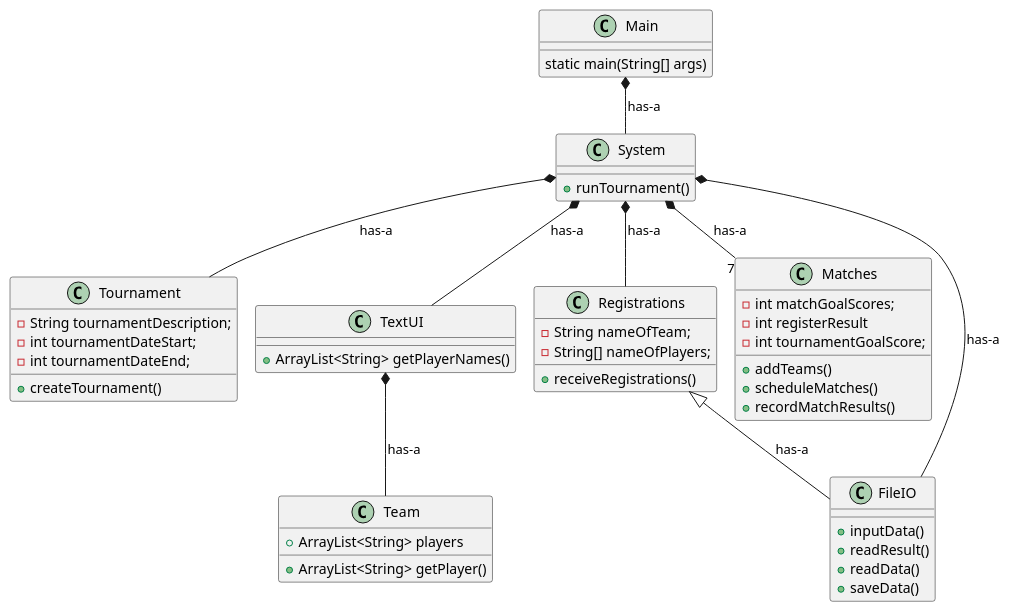
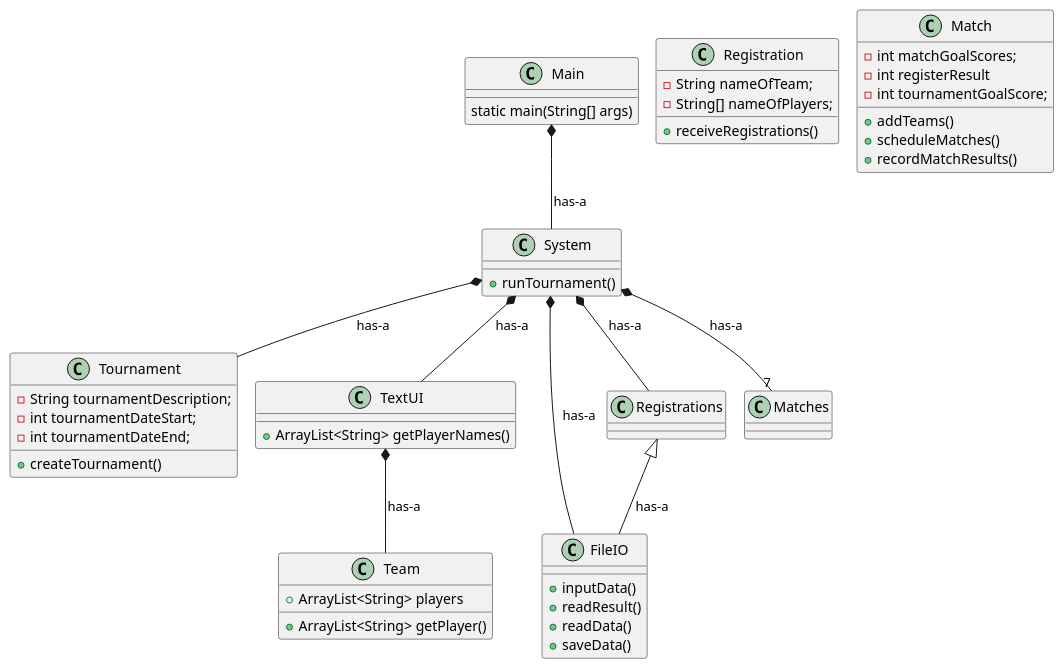
The diagram in Documentation/KlasseDiagram.puml (NikolajKaspersen/Tournament), drawn with PlantUML before and after one commit. The commit also changed 2 other files, not shown here.

Commit message:
Opdateret match klasse

```diff
--- a/Documentation/KlasseDiagram.puml
+++ b/Documentation/KlasseDiagram.puml
@@ -1,70 +1,70 @@
 @startuml
 
 !pragma layout smetana
 
 class Main
 {
 static main(String[] args)
 }
 
 class System
 {
     +runTournament()
 }
 
 class Tournament
 {
     -String tournamentDescription;
     -int tournamentDateStart;
     -int tournamentDateEnd;
 
     +createTournament()
 }
 
 class TextUI
 {
 + ArrayList<String> getPlayerNames()
 }
 
 class Team
 {
     +ArrayList<String> players
 + ArrayList<String> getPlayer()
 }
 
-class Registrations
+class Registration
 {
     -String nameOfTeam;
     -String[] nameOfPlayers;
 
     +receiveRegistrations()
 }
 
-class Matches
+class Match
 {
     -int matchGoalScores;
     - int registerResult
     - int tournamentGoalScore;
 
     +addTeams()
     +scheduleMatches()
     +recordMatchResults()
 }
 
 class FileIO
 {
     +inputData()
     +readResult()
     +readData()
     +saveData()
 }
 System *-- TextUI: has-a
 TextUI *-- Team: has-a
 System *-- Tournament: has-a
 System *-- Registrations: has-a
 System *-- "7"Matches: has-a
 System *-- FileIO: has-a
 Registrations <|-- FileIO:has-a
 Main *-- System: has-a
 
 @enduml
```
